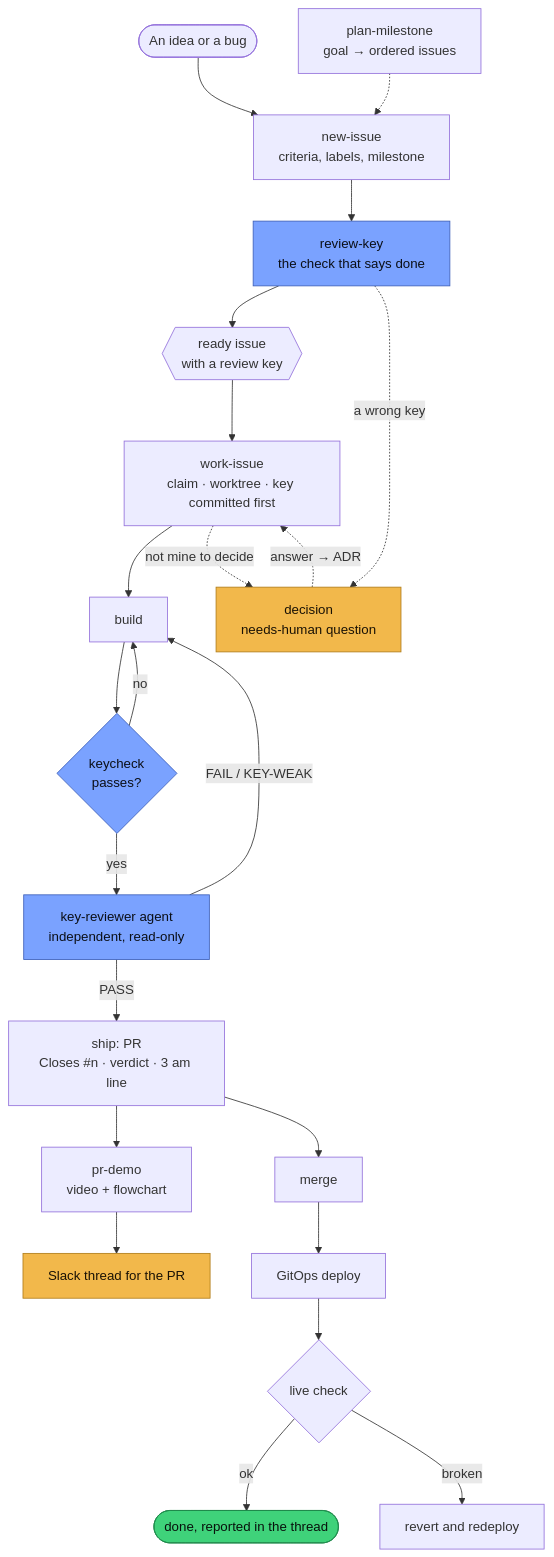
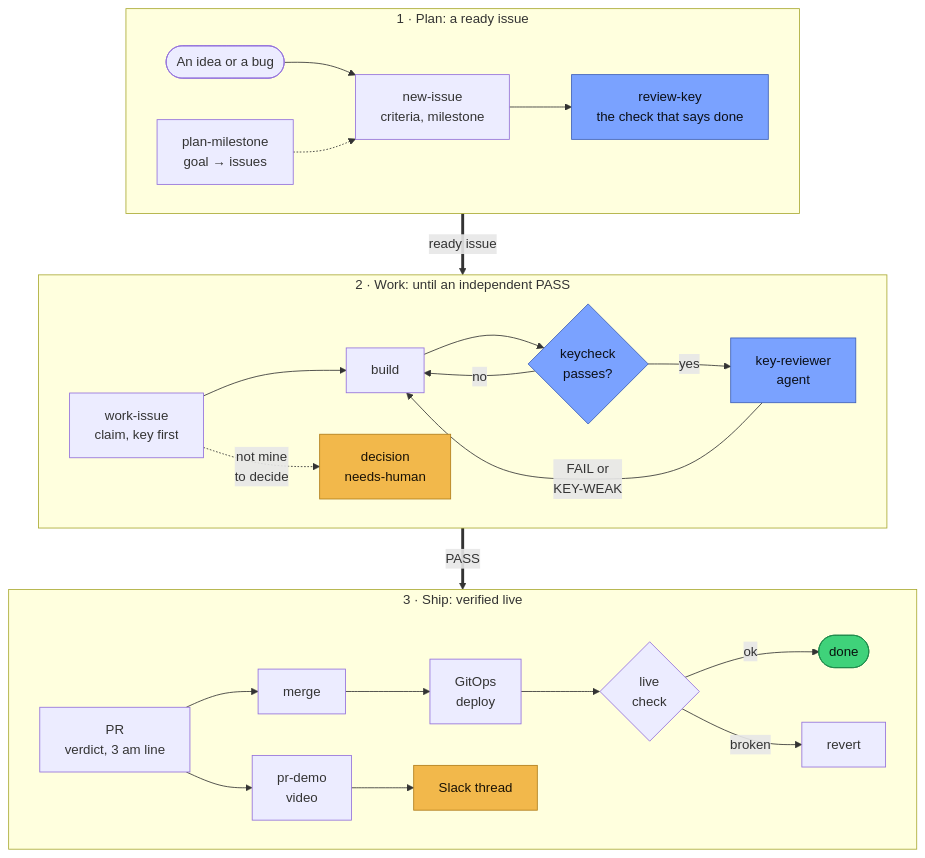
One commit to carnufex/claude-skills changed the second of 7 diagrams in README.md. Above: the diagram before and after it, drawn with Mermaid. The commit also changed other lines of this file, not shown here.

Commit message:
README: the delivery flow as three phases, a third of the height

````diff
--- a/README.md
+++ b/README.md
@@ -68,28 +68,32 @@
 ```mermaid
-flowchart TD
-  idea([An idea or a bug]) --> NI["new-issue<br/>criteria, labels, milestone"]
-  PM["plan-milestone<br/>goal → ordered issues"] -.-> NI
-  NI --> RK["review-key<br/>the check that says done"]
-  RK --> ready{{"ready issue<br/>with a review key"}}
-  ready --> WI["work-issue<br/>claim · worktree · key committed first"]
-  WI --> build["build"]
-  build --> KC{"keycheck<br/>passes?"}
-  KC -- no --> build
-  KC -- yes --> KR["key-reviewer agent<br/>independent, read-only"]
-  KR -- "FAIL / KEY-WEAK" --> build
-  KR -- PASS --> SH["ship: PR<br/>Closes #n · verdict · 3 am line"]
-  SH --> DEMO["pr-demo<br/>video + flowchart"] --> THREAD["Slack thread for the PR"]
-  SH --> MERGE["merge"] --> DEPLOY["GitOps deploy"] --> LIVE{"live check"}
-  LIVE -- ok --> DONE([done, reported in the thread])
-  LIVE -- broken --> RB["revert and redeploy"]
-  WI -. "not mine to decide" .-> DEC["decision<br/>needs-human question"]
-  DEC -. "answer → ADR" .-> WI
-  RK -. "a wrong key" .-> DEC
+flowchart TB
+  subgraph P["1 · Plan: a ready issue"]
+    direction LR
+    idea([An idea or a bug]) --> NI["new-issue<br/>criteria, milestone"] --> RK["review-key<br/>the check that says done"]
+    PM["plan-milestone<br/>goal → issues"] -.-> NI
+  end
+  subgraph W["2 · Work: until an independent PASS"]
+    direction LR
+    WI["work-issue<br/>claim, key first"] --> build["build"] --> KC{"keycheck<br/>passes?"}
+    KC -- no --> build
+    KC -- yes --> KR["key-reviewer<br/>agent"]
+    KR -- "FAIL or<br/>KEY-WEAK" --> build
+    WI -. "not mine<br/>to decide" .-> DEC["decision<br/>needs-human"]
+  end
+  subgraph S["3 · Ship: verified live"]
+    direction LR
+    SH["PR<br/>verdict, 3 am line"] --> MERGE["merge"] --> DEPLOY["GitOps<br/>deploy"] --> LIVE{"live<br/>check"}
+    LIVE -- ok --> DONE([done])
+    LIVE -- broken --> RB["revert"]
+    SH --> DEMO["pr-demo<br/>video"] --> THREAD["Slack thread"]
+  end
+  P == "ready issue" ==> W
+  W == "PASS" ==> S
 
   classDef human fill:#f2b84b,stroke:#b07d1a,color:#1a1205
   classDef key fill:#7aa2ff,stroke:#3d5fb8,color:#0b0f17
   classDef ok fill:#3fd27a,stroke:#1f8a4c,color:#08110c
   class DEC,THREAD human
   class RK,KC,KR key
   class DONE ok
 ```
````
